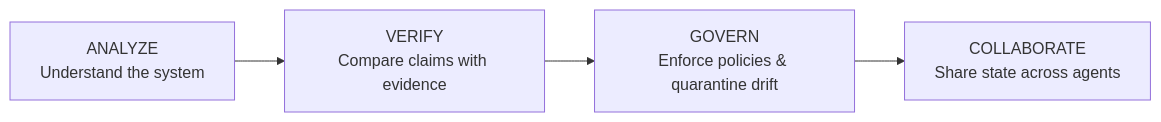
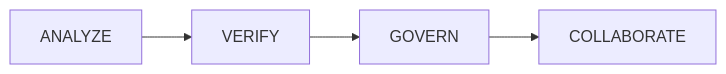
One commit to myshra777-ai/garuda changed the first of 5 diagrams in README.md. Above: the diagram before and after it, drawn with Mermaid. The commit also changed other lines of this file, not shown here.

````diff
--- a/README.md
+++ b/README.md
@@ -105,7 +106,6 @@
 ```mermaid
 flowchart LR
-    ANALYZE["ANALYZE<br/>Understand the system"] -->
-    VERIFY["VERIFY<br/>Compare claims with evidence"] -->
-    GOVERN["GOVERN<br/>Enforce policies & quarantine drift"] -->
-    COLLABORATE["COLLABORATE<br/>Share state across agents"]
+    ANALYZE["ANALYZE"] --> VERIFY["VERIFY"]
+    VERIFY --> GOVERN["GOVERN"]
+    GOVERN --> COLLABORATE["COLLABORATE"]
 ```
````
